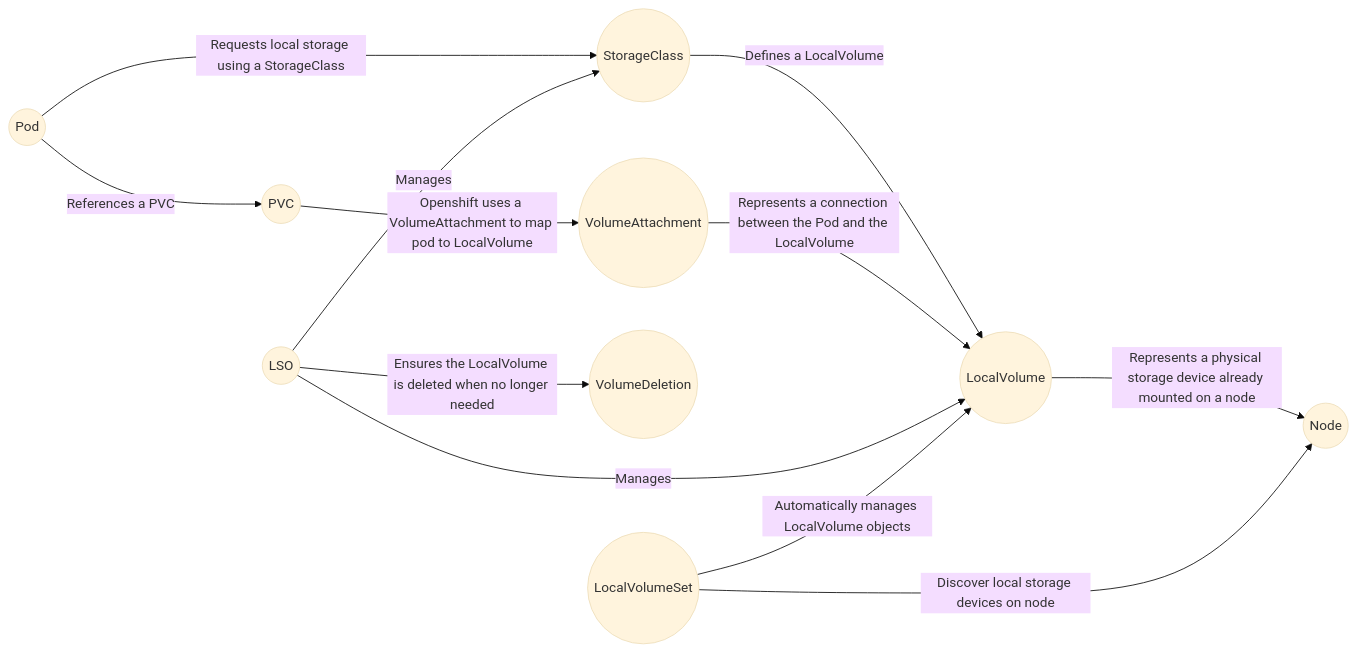
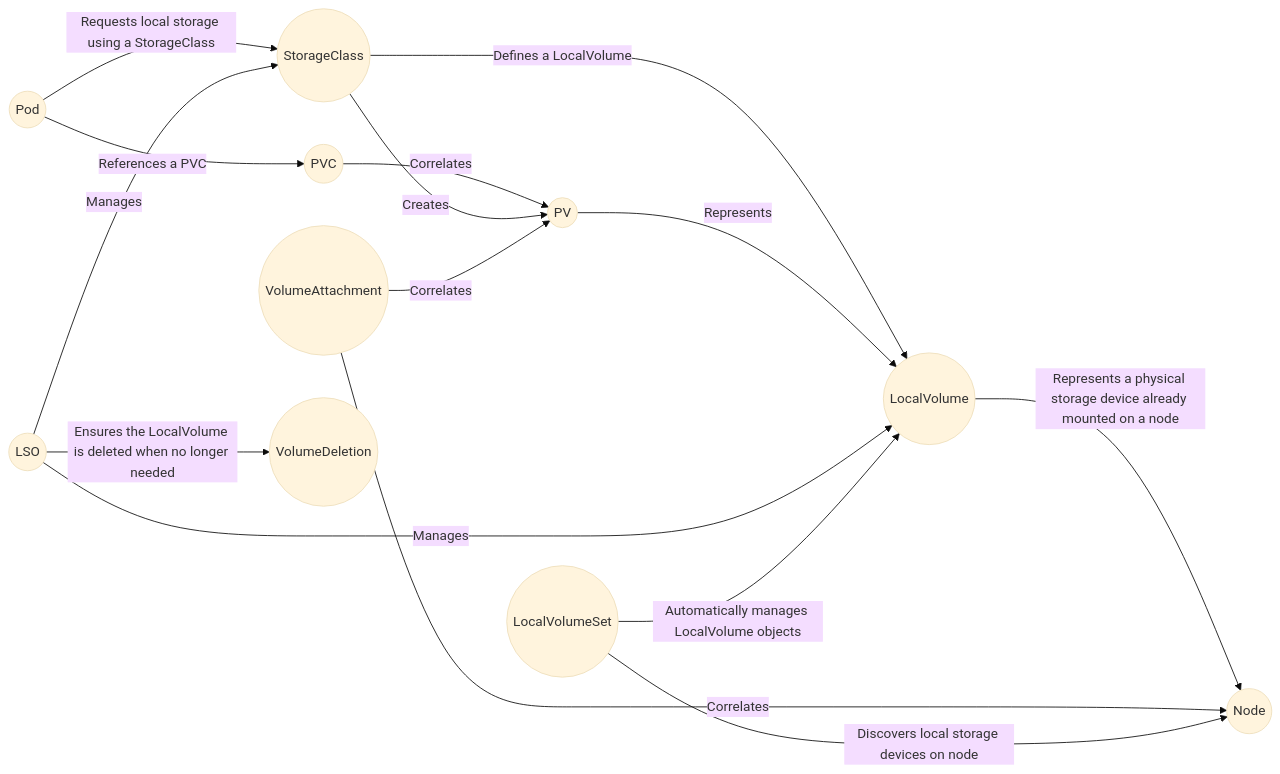
One commit to emmahone/Local-Storage-Operator-reference changed the first of 2 diagrams in README.md. Above: the diagram before and after it, drawn with Mermaid (base theme).

Commit message:
Update LSO flowchart

````diff
--- a/README.md
+++ b/README.md
@@ -4,14 +4,17 @@
 ```mermaid
 graph LR
     Pod((Pod)) -->|Requests local storage using a StorageClass| StorageClass((StorageClass))
     StorageClass -->|Defines a LocalVolume| LocalVolume((LocalVolume))
     LocalVolume -->|Represents a physical storage device already mounted on a node| Node((Node))
     Pod -->|References a PVC| PVC((PVC))
-    PVC -->|Openshift uses a VolumeAttachment to map pod to LocalVolume| VolumeAttachment((VolumeAttachment))
-    VolumeAttachment -->|Represents a connection between the Pod and the LocalVolume| LocalVolume
+    PVC -->|Correlates| PV((PV))
+    PV -->|Represents| LocalVolume
+    StorageClass -->|Creates| PV((PV))
+    VolumeAttachment((VolumeAttachment)) -->|Correlates| Node((Node))
+    VolumeAttachment((VolumeAttachment)) -->|Correlates| PV((PV))
     LSO((LSO)) -->|Ensures the LocalVolume is deleted when no longer needed| VolumeDeletion((VolumeDeletion))
     LSO((LSO)) -->|Manages| LocalVolume
     LSO((LSO)) -->|Manages| StorageClass
-    LocalVolumeSet((LocalVolumeSet)) -->|Discover local storage devices on node| Node((Node))
+    LocalVolumeSet((LocalVolumeSet)) -->|Discovers local storage devices on node| Node((Node))
     LocalVolumeSet((LocalVolumeSet)) -->|Automatically manages LocalVolume objects|LocalVolume((LocalVolume))
 ```
````
